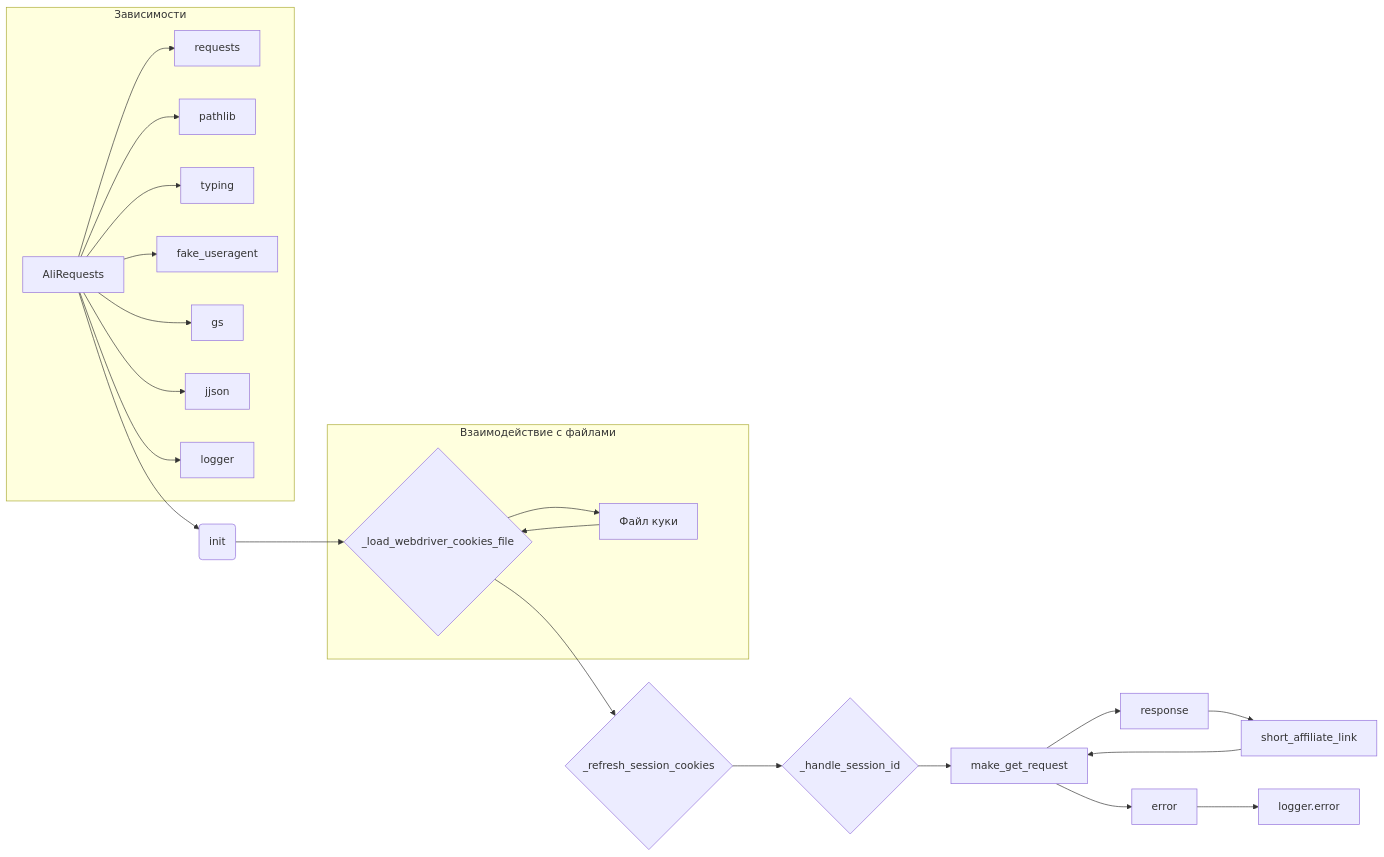
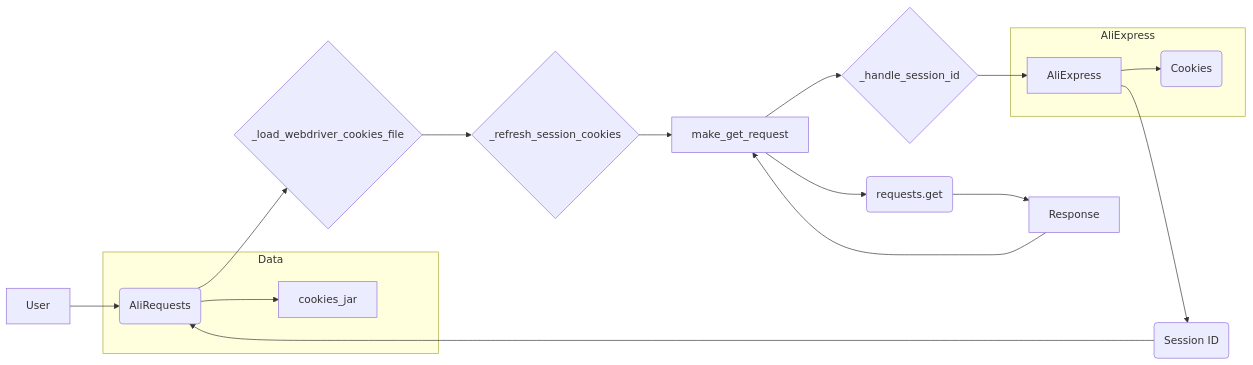
The diagram in docs/gemini/ru/explainer/src/suppliers/aliexpress/alirequests.md (hypo69/hypo), drawn with Mermaid before and after one commit. The commit also changed other lines of this file and 468 other files, not shown here.

````diff
--- a/docs/gemini/ru/explainer/src/suppliers/aliexpress/alirequests.md
+++ b/docs/gemini/ru/explainer/src/suppliers/aliexpress/alirequests.md
@@ -98,29 +133,23 @@
 ```mermaid
 graph LR
-    A[AliRequests] --> B(init);
+    A[User] --> B(AliRequests);
     B --> C{_load_webdriver_cookies_file};
     C --> D{_refresh_session_cookies};
-    D --> E{_handle_session_id};
-    E --> F[make_get_request];
-    F --> G[response];
-    F --> H[error];
-    H --> I[logger.error];
-    G --> J[short_affiliate_link];
-    J --> F;
+    D --> E[make_get_request];
+    E --> F(requests.get);
+    F --> G[Response];
+    G --> E;
+    E --> H{_handle_session_id};
+    H --> I[AliExpress];
+    I --> J(Session ID);
+    J --> B;
     
-    subgraph "Взаимодействие с файлами"
-        C --> K[Файл куки];
-        K --> C;
+    subgraph "AliExpress"
+        I --> K(Cookies);
     end
-    subgraph "Зависимости"
-        A --> L[requests];
-        A --> M[pathlib];
-        A --> N[typing];
-        A --> O[fake_useragent];
-        A --> P[gs];
-        A --> Q[jjson];
-        A --> R[logger];
-        
+    
+    subgraph "Data"
+        B --> L[cookies_jar];
     end
 
 ```
````
